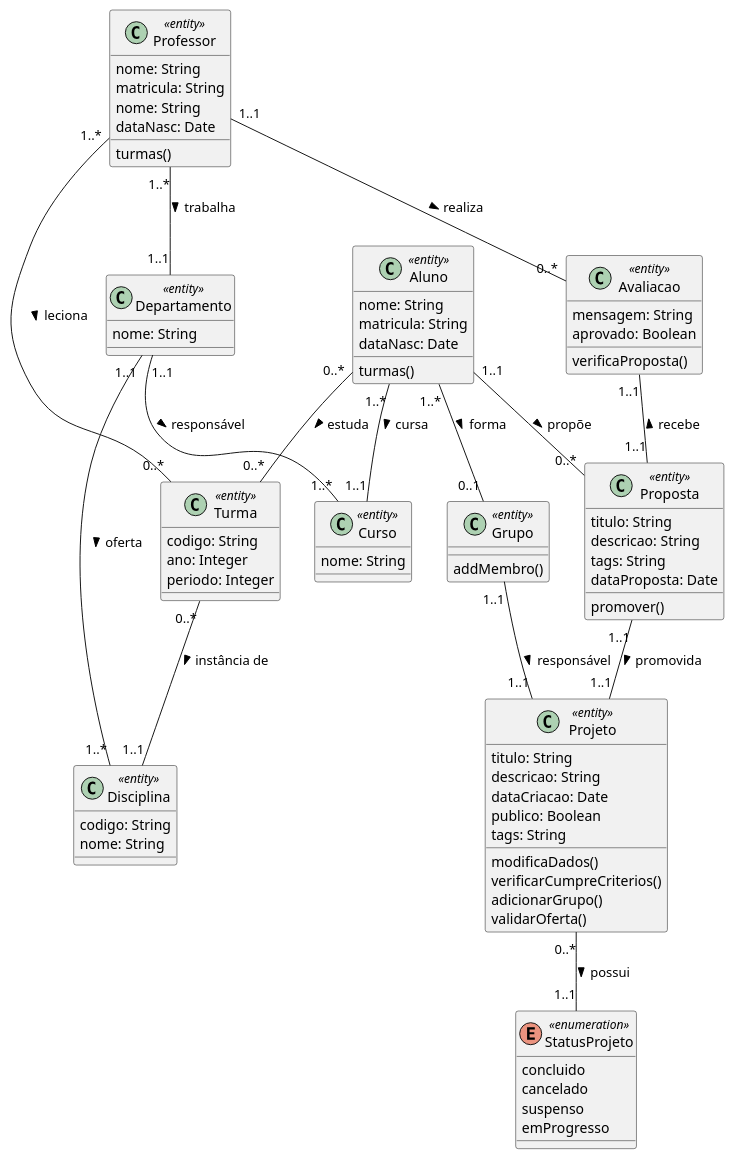
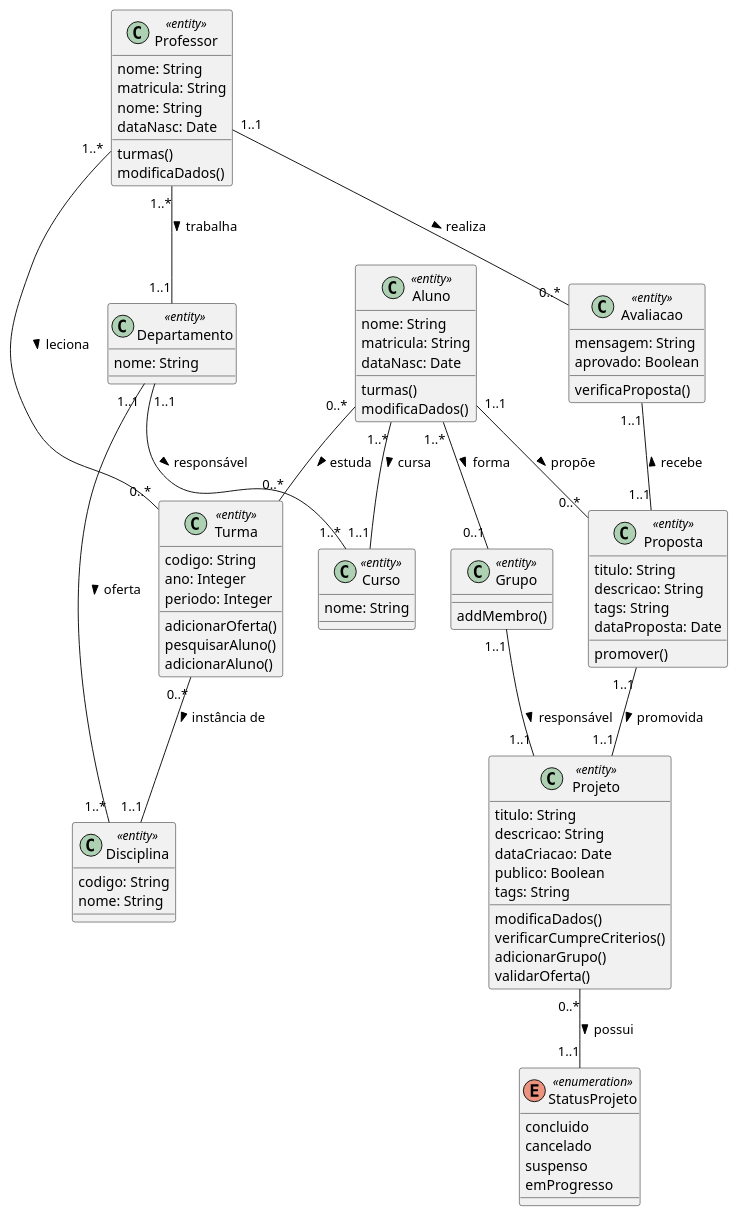
Before and after one commit to Pedro-V/projetorium: the diagram in diagramas/classe_projeto/base.puml, drawn with PlantUML.

Commit message:
Métodos readicionados (consistencia com diags de sequencia)

```diff
--- a/diagramas/classe_projeto/base.puml
+++ b/diagramas/classe_projeto/base.puml
@@ -1,93 +1,98 @@
 @startuml 
 class Departamento <<entity>> {
   nome: String
 }
 
 class Curso <<entity>> {
   nome: String
 }
 
 class Disciplina <<entity>> {
   codigo: String
   nome: String
 }
 
 class Professor <<entity>> {
   nome: String
   matricula: String
   nome: String
   dataNasc: Date
   turmas()
+  modificaDados()
 }
 
 class Aluno <<entity>> {
   nome: String
   matricula: String
   dataNasc: Date
   turmas()
+  modificaDados()
 }
 
 class Grupo <<entity>> {
   addMembro()
 }
 
 enum StatusProjeto <<enumeration>> {
   concluido
   cancelado
   suspenso
   emProgresso
 }
 
 class Projeto <<entity>> {
   titulo: String
   descricao: String
   dataCriacao: Date
   publico: Boolean
   tags: String
   modificaDados()
   verificarCumpreCriterios()
   adicionarGrupo()
   validarOferta()
 }
 
 class Proposta <<entity>> {
   titulo: String
   descricao: String
   tags: String
   dataProposta: Date
   promover()
 }
 
 class Turma <<entity>> {
   codigo: String
   ano: Integer
   periodo: Integer
+  adicionarOferta()
+  pesquisarAluno()
+  adicionarAluno()
 }
 
 class Avaliacao <<entity>> {
   mensagem: String
   aprovado: Boolean
   verificaProposta()
 }
 
 Departamento "1..1" -- "1..*" Disciplina : oferta >
 Departamento "1..1" -- "1..*" Curso : responsável >
 Aluno "1..*" -- "1..1" Curso : cursa >
 Professor "1..*" -- "1..1" Departamento : trabalha >
 
 Proposta "1..1" -- "1..1" Projeto : promovida >
 
 Aluno "1..*" -- "0..1" Grupo : forma >
 Aluno "0..*" -- "0..*" Turma : estuda >
 Aluno "1..1" -- "0..*" Proposta : propõe >
 Avaliacao "1..1" -- "1..1" Proposta : recebe <
 
 Grupo "1..1" -- "1..1" Projeto : responsável >
 
 Professor "1..*" -- "0..*" Turma : leciona >
 Professor "1..1" -- "0..*" Avaliacao : realiza >
 
 Turma "0..*" -- "1..1" Disciplina : instância de >
 
 Projeto "0..*" -- "1..1" StatusProjeto : possui >
 @enduml
```
